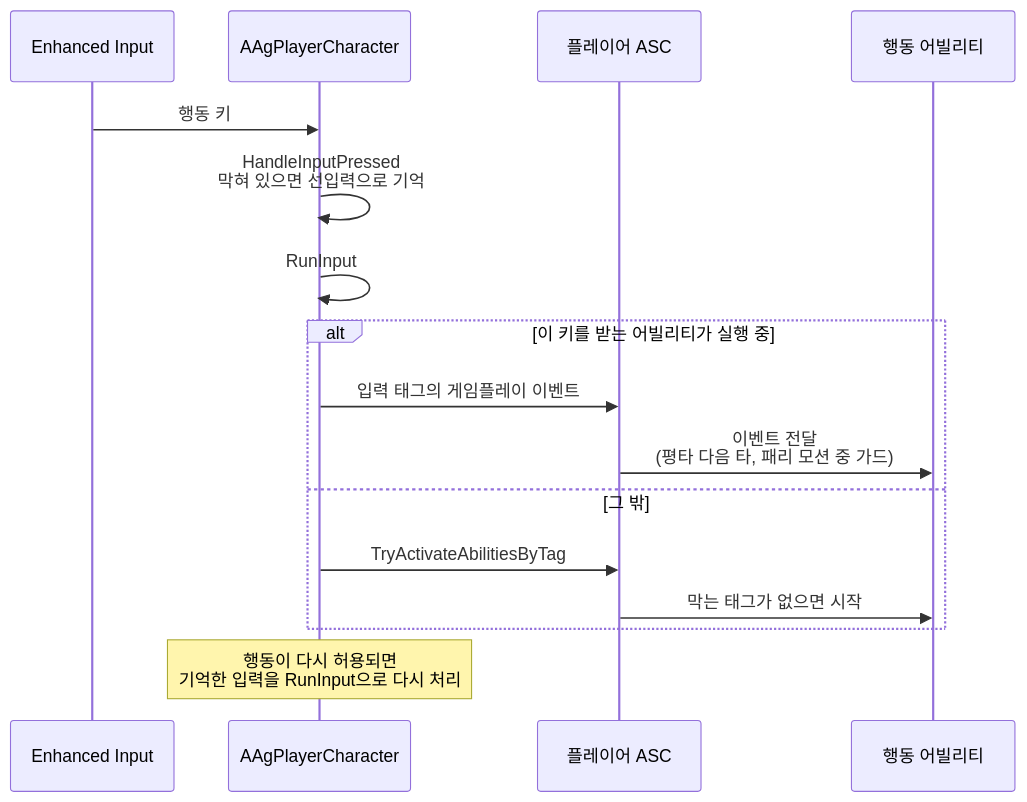
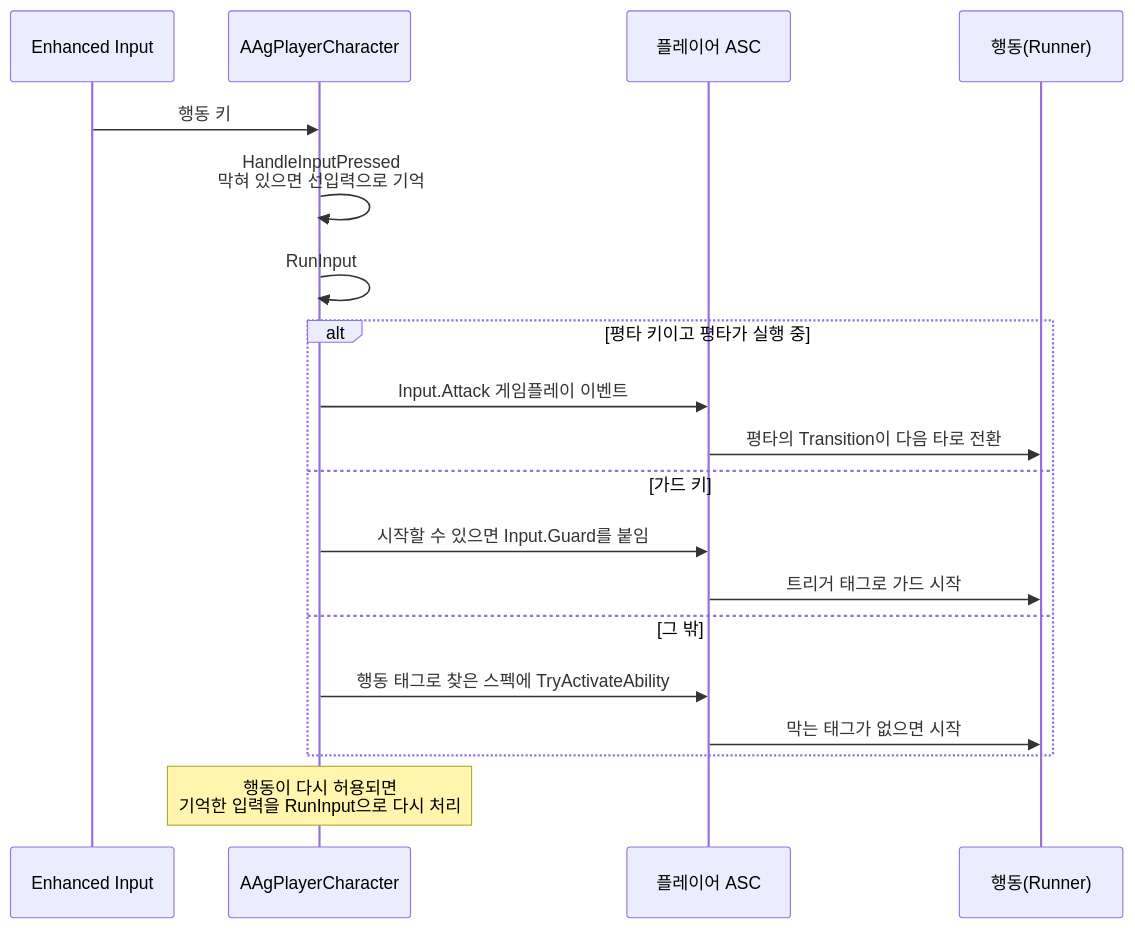
Before and after one commit to Woogl/Ag: the diagram in Docs/Program/입력 처리.md, drawn with Mermaid. The commit also changed other lines of this file and 15 other files, not shown here.

````diff
--- a/Docs/Program/입력 처리.md
+++ b/Docs/Program/입력 처리.md
@@ -21,18 +23,21 @@
 ```mermaid
 sequenceDiagram
     participant In as Enhanced Input
     participant P as AAgPlayerCharacter
     participant ASC as 플레이어 ASC
-    participant GA as 행동 어빌리티
+    participant GA as 행동(Runner)
     In->>P: 행동 키
     P->>P: HandleInputPressed<br>막혀 있으면 선입력으로 기억
     P->>P: RunInput
-    alt 이 키를 받는 어빌리티가 실행 중
-        P->>ASC: 입력 태그의 게임플레이 이벤트
-        ASC->>GA: 이벤트 전달<br>(평타 다음 타, 패리 모션 중 가드)
+    alt 평타 키이고 평타가 실행 중
+        P->>ASC: Input.Attack 게임플레이 이벤트
+        ASC->>GA: 평타의 Transition이 다음 타로 전환
+    else 가드 키
+        P->>ASC: 시작할 수 있으면 Input.Guard를 붙임
+        ASC->>GA: 트리거 태그로 가드 시작
     else 그 밖
-        P->>ASC: TryActivateAbilitiesByTag
+        P->>ASC: 행동 태그로 찾은 스펙에 TryActivateAbility
         ASC->>GA: 막는 태그가 없으면 시작
     end
     Note over P: 행동이 다시 허용되면<br>기억한 입력을 RunInput으로 다시 처리
 ```
````
